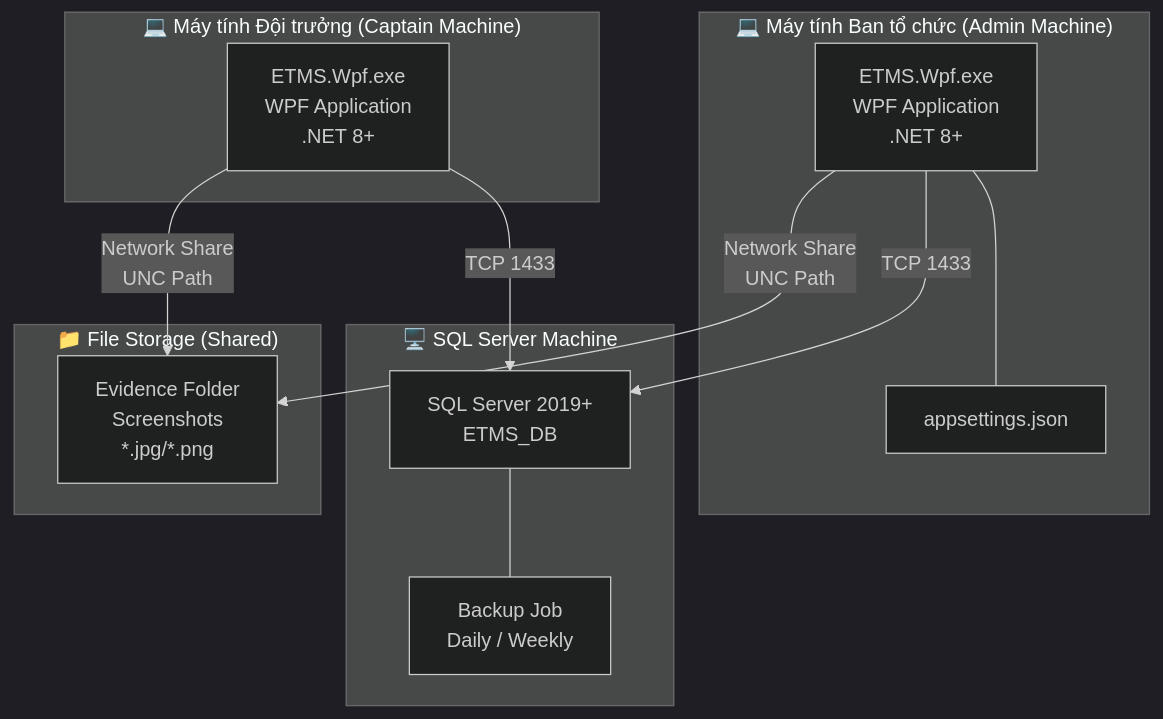
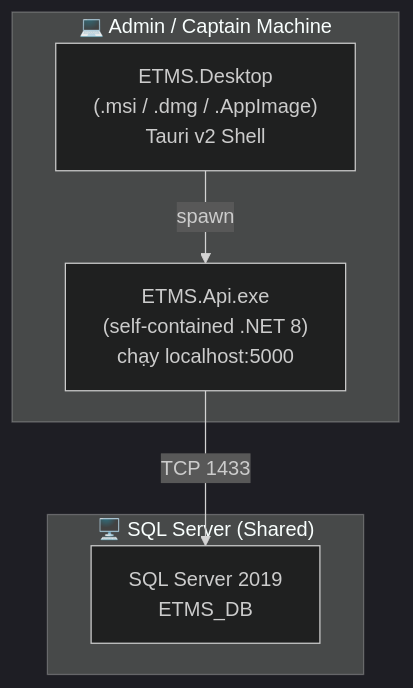
One commit to 100dollarx/CNPM changed the third of 4 diagrams in Document/Đặc tả/09_ArchitectureDesign.md. Above: the diagram before and after it, drawn with Mermaid (dark theme). The commit also changed other lines of this file and 256 other files, not shown here.

````diff
--- a/Document/Đặc tả/09_ArchitectureDesign.md
+++ b/Document/Đặc tả/09_ArchitectureDesign.md
@@ -135,27 +123,14 @@
 ```mermaid
 graph TB
-    subgraph NODE1["💻 Máy tính Ban tổ chức (Admin Machine)"]
-        APP1["ETMS.Wpf.exe\nWPF Application\n.NET 8+"]
-        CFG1["appsettings.json"]
-        APP1 --- CFG1
+    subgraph MACHINE1["💻 Admin / Captain Machine"]
+        TAURI_APP["ETMS.Desktop\n(.msi / .dmg / .AppImage)\nTauri v2 Shell"]
+        DOTNET_SRV["ETMS.Api.exe\n(self-contained .NET 8)\nchạy localhost:5000"]
+        TAURI_APP -->|"spawn"| DOTNET_SRV
     end
 
-    subgraph NODE2["💻 Máy tính Đội trưởng (Captain Machine)"]
-        APP2["ETMS.Wpf.exe\nWPF Application\n.NET 8+"]
+    subgraph MACHINE2["🖥️ SQL Server (Shared)"]
+        SQLSRV["SQL Server 2019\nETMS_DB"]
     end
 
-    subgraph NODE3["🖥️ SQL Server Machine"]
-        SQLSRV["SQL Server 2019+\nETMS_DB"]
-        BACKUP["Backup Job\nDaily / Weekly"]
-        SQLSRV --- BACKUP
-    end
-
-    APP1 -->|"TCP 1433"| SQLSRV
-    APP2 -->|"TCP 1433"| SQLSRV
-
-    subgraph STORAGE["📁 File Storage (Shared)"]
-        EVID["Evidence Folder\nScreenshots\n*.jpg/*.png"]
-    end
-
-    APP1 & APP2 -->|"Network Share\nUNC Path"| EVID
+    DOTNET_SRV -->|"TCP 1433"| SQLSRV
 ```
````
